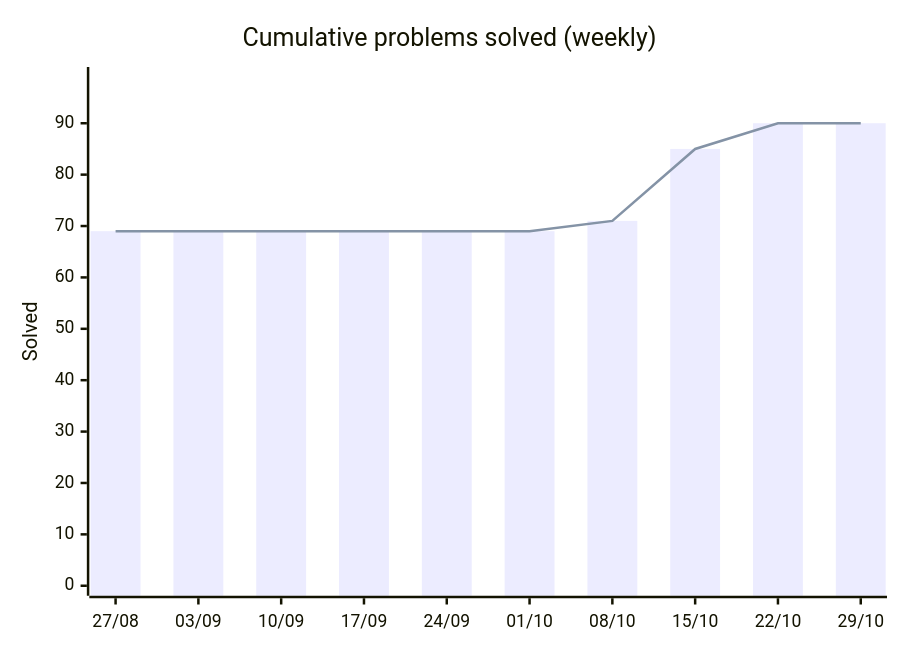
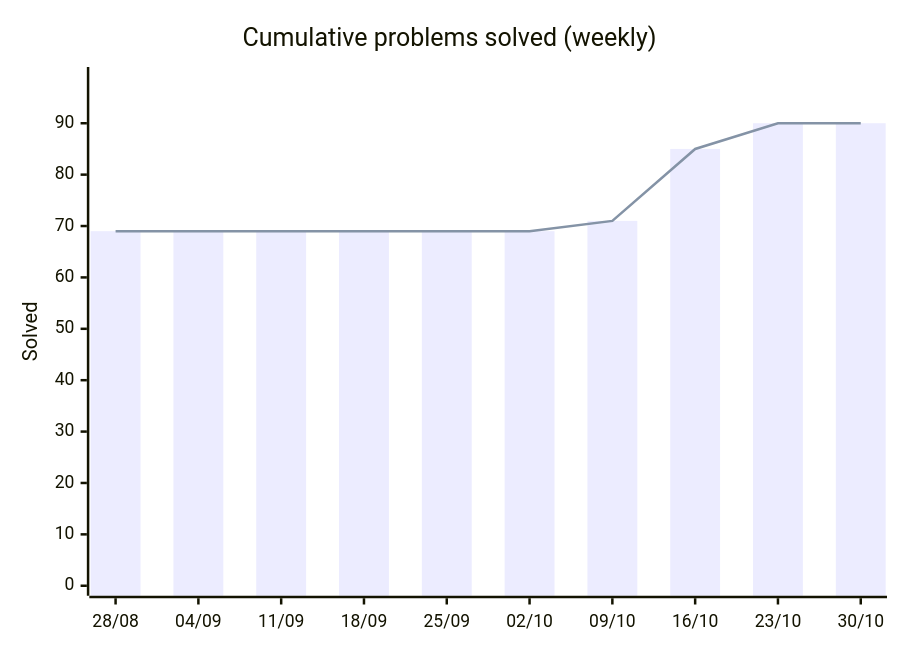
The first of 2 diagrams in README.md (HarryTrn/TensorTonic-Solutions), drawn with Mermaid before and after one commit. The commit also changed other lines of this file, not shown here.

Commit message:
docs: auto-update README [skip ci]

````diff
--- a/README.md
+++ b/README.md
@@ -65,8 +65,8 @@
 ```mermaid
 xychart-beta
     title "Cumulative problems solved (weekly)"
-    x-axis ["27/08", "03/09", "10/09", "17/09", "24/09", "01/10", "08/10", "15/10", "22/10", "29/10"]
+    x-axis ["28/08", "04/09", "11/09", "18/09", "25/09", "02/10", "09/10", "16/10", "23/10", "30/10"]
     y-axis "Solved" 0 --> 99
     bar [69, 69, 69, 69, 69, 69, 71, 85, 90, 90]
     line [69, 69, 69, 69, 69, 69, 71, 85, 90, 90]
 ```
````
